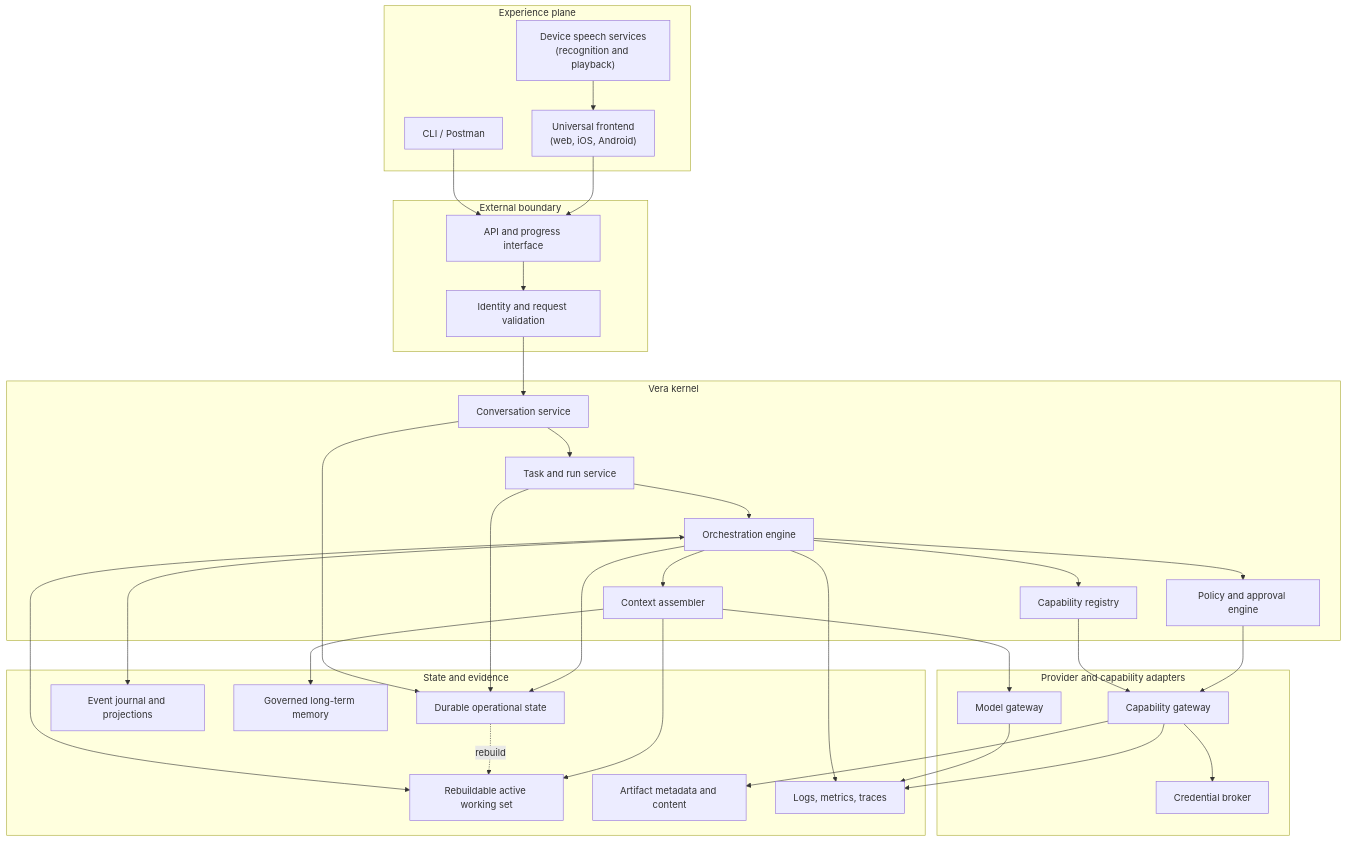
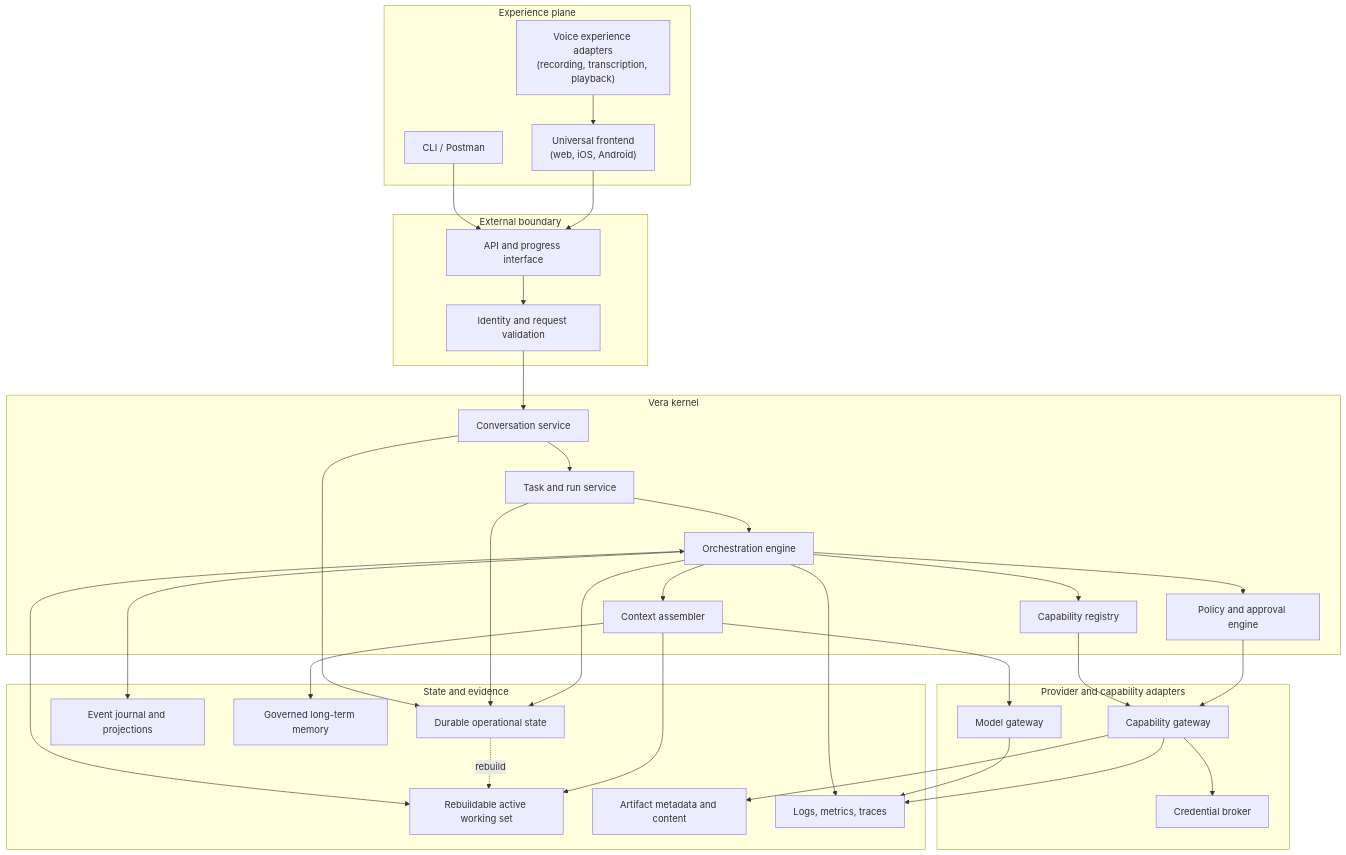
One commit to 4romgod/vera changed the second of 14 diagrams in docs/system-architecture.md. Above: the diagram before and after it, drawn with Mermaid. The commit also changed other lines of this file and 70 other files, not shown here.

Commit message:
feat: publish governed changes and add voice transcription (#19)

````diff
--- a/docs/system-architecture.md
+++ b/docs/system-architecture.md
@@ -80,63 +80,63 @@
 ```mermaid
 flowchart TB
     subgraph Experience["Experience plane"]
         CLI["CLI / Postman"]
         FRONTEND["Universal frontend<br/>(web, iOS, Android)"]
-        VOICE["Device speech services<br/>(recognition and playback)"]
+        VOICE["Voice experience adapters<br/>(recording, transcription, playback)"]
     end
 
     subgraph Boundary["External boundary"]
         API["API and progress interface"]
         ID["Identity and request validation"]
     end
 
     subgraph Kernel["Vera kernel"]
         CONV["Conversation service"]
         TASK["Task and run service"]
         ORCH["Orchestration engine"]
         POLICY["Policy and approval engine"]
         REG["Capability registry"]
         CONTEXT["Context assembler"]
     end
 
     subgraph Adapters["Provider and capability adapters"]
         MODEL["Model gateway"]
         CAP["Capability gateway"]
         CREDS["Credential broker"]
     end
 
     subgraph State["State and evidence"]
         OPS["Durable operational state"]
         WORK["Rebuildable active working set"]
         EVENTS["Event journal and projections"]
         MEMORY["Governed long-term memory"]
         ART["Artifact metadata and content"]
         OBS["Logs, metrics, traces"]
     end
 
     CLI --> API
     FRONTEND --> API
     VOICE --> FRONTEND
     API --> ID --> CONV
     CONV --> TASK --> ORCH
     ORCH --> CONTEXT
     ORCH --> POLICY
     ORCH --> REG
     CONTEXT --> MODEL
     REG --> CAP
     POLICY --> CAP
     CAP --> CREDS
 
     CONV --> OPS
     TASK --> OPS
     ORCH --> OPS
     ORCH <--> WORK
     OPS -. "rebuild" .-> WORK
     ORCH --> EVENTS
     CONTEXT --> WORK
     CONTEXT --> MEMORY
     CAP --> ART
     ORCH --> OBS
     MODEL --> OBS
     CAP --> OBS
 ```
````
